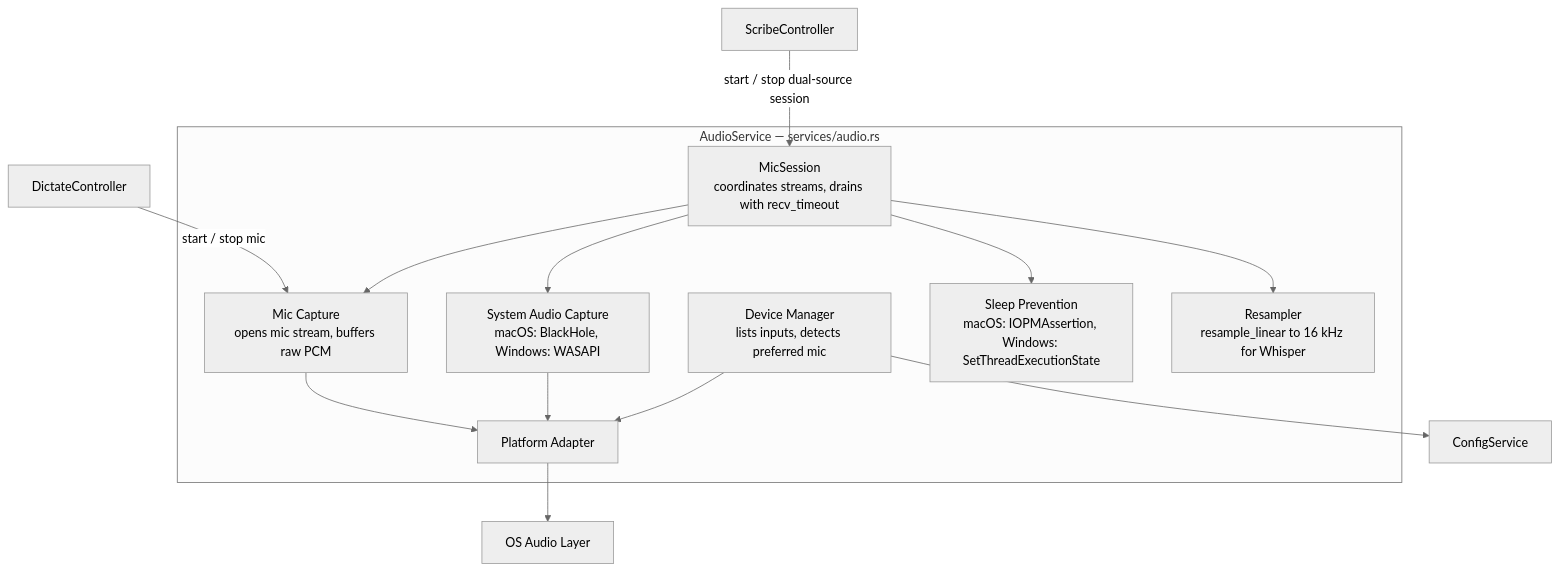
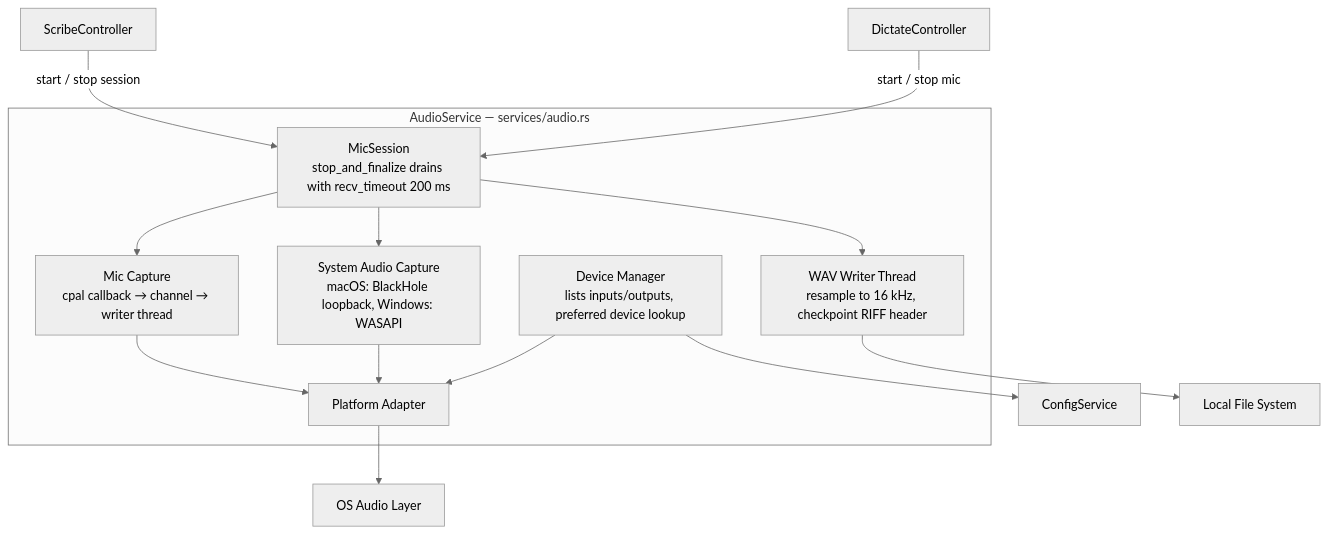
Before and after one commit to Lenniott/scribeFloat: the third of 10 diagrams in context/architecture.md, drawn with Mermaid (neutral theme). The commit also changed other lines of this file and 18 other files, not shown here.

````diff
--- a/context/architecture.md
+++ b/context/architecture.md
@@ -162,29 +162,29 @@
 ```mermaid
 graph TB
     subgraph audio["AudioService — services/audio.rs"]
-        device["Device Manager\nlists inputs, detects preferred mic"]
-        mic["Mic Capture\nopens mic stream, buffers raw PCM"]
-        system["System Audio Capture\nmacOS: BlackHole, Windows: WASAPI"]
-        session["MicSession\ncoordinates streams, drains with recv_timeout"]
-        power["Sleep Prevention\nmacOS: IOPMAssertion, Windows: SetThreadExecutionState"]
-        resample["Resampler\nresample_linear to 16 kHz for Whisper"]
+        device["Device Manager\nlists inputs/outputs, preferred device lookup"]
+        mic["Mic Capture\ncpal callback → channel → writer thread"]
+        system["System Audio Capture\nmacOS: BlackHole loopback, Windows: WASAPI"]
+        session["MicSession\nstop_and_finalize drains with recv_timeout 200 ms"]
+        writer["WAV Writer Thread\nresample to 16 kHz, checkpoint RIFF header"]
         platform_audio["Platform Adapter"]
     end
 
     config["ConfigService"]
     os_audio["OS Audio Layer"]
+    fs["Local File System"]
     ctrl_scribe["ScribeController"]
     ctrl_dictate["DictateController"]
 
-    ctrl_scribe -->|"start / stop dual-source session"| session
-    ctrl_dictate -->|"start / stop mic"| mic
+    ctrl_scribe -->|"start / stop session"| session
+    ctrl_dictate -->|"start / stop mic"| session
     session --> mic
     session --> system
-    session --> power
-    session --> resample
+    session --> writer
+    writer --> fs
     mic --> platform_audio
     system --> platform_audio
     device --> platform_audio
     platform_audio --> os_audio
     device --> config
 ```
````
